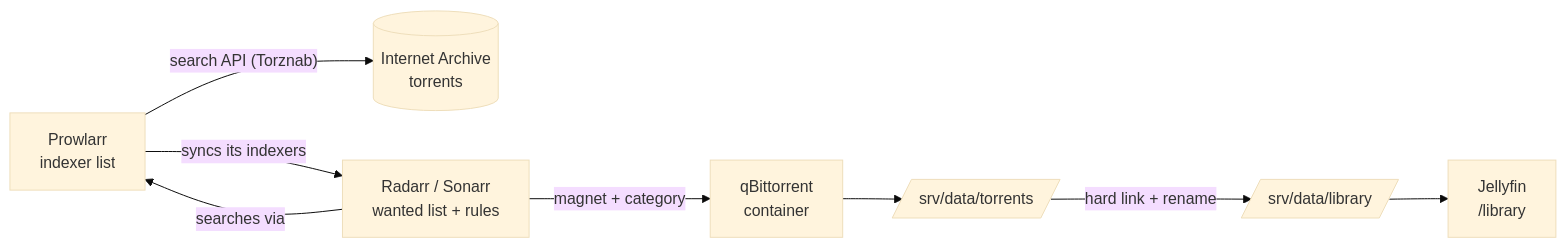
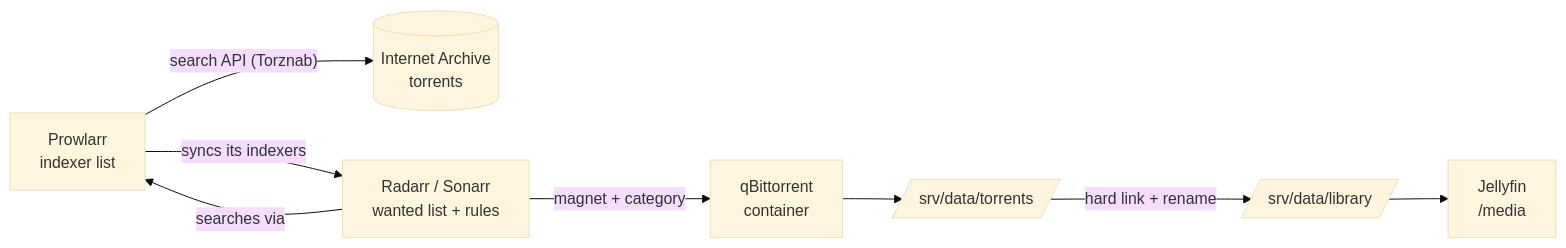
One commit to upendrasinghgusain/pi-flix changed the second of 2 diagrams in docs/media-server.md. Above: the diagram before and after it, drawn with Mermaid (base theme). The commit also changed other lines of this file and 5 other files, not shown here.

````diff
--- a/docs/media-server.md
+++ b/docs/media-server.md
@@ -241,15 +248,15 @@
 ```mermaid
 flowchart LR
     IA[(Internet Archive<br/>torrents)]
     PR[Prowlarr<br/>indexer list]
     RA[Radarr / Sonarr<br/>wanted list + rules]
     QB[qBittorrent<br/>container]
     T[/srv/data/torrents/]
     L[/srv/data/library/]
-    JF[Jellyfin<br/>/library]
+    JF[Jellyfin<br/>/media]
     PR -- "search API (Torznab)" --> IA
     PR -- "syncs its indexers" --> RA
     RA -- "searches via" --> PR
     RA -- "magnet + category" --> QB --> T
     T -- "hard link + rename" --> L --> JF
 ```
````
